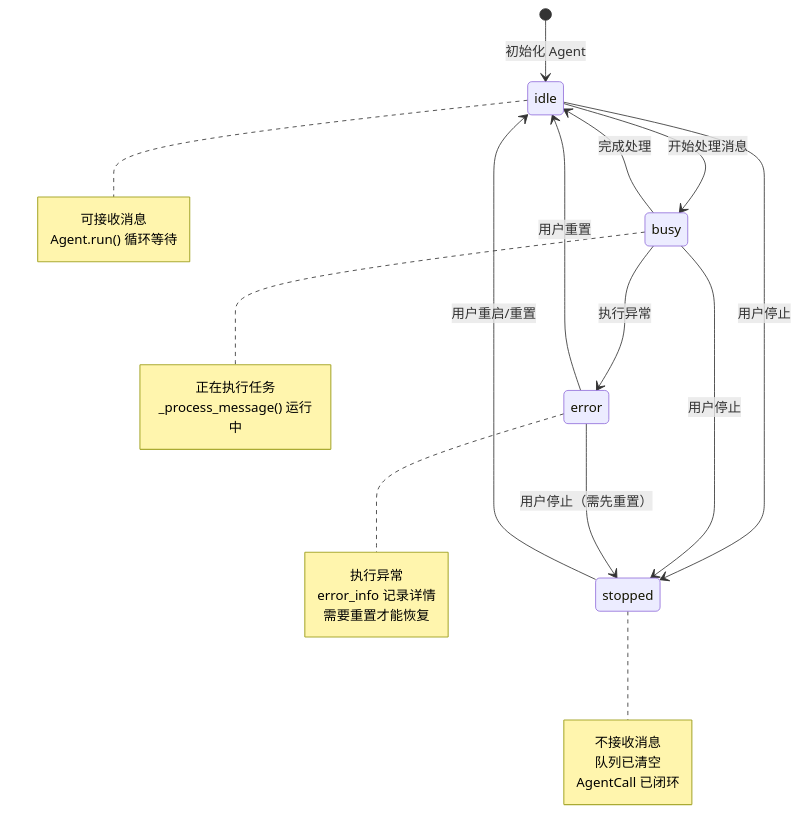
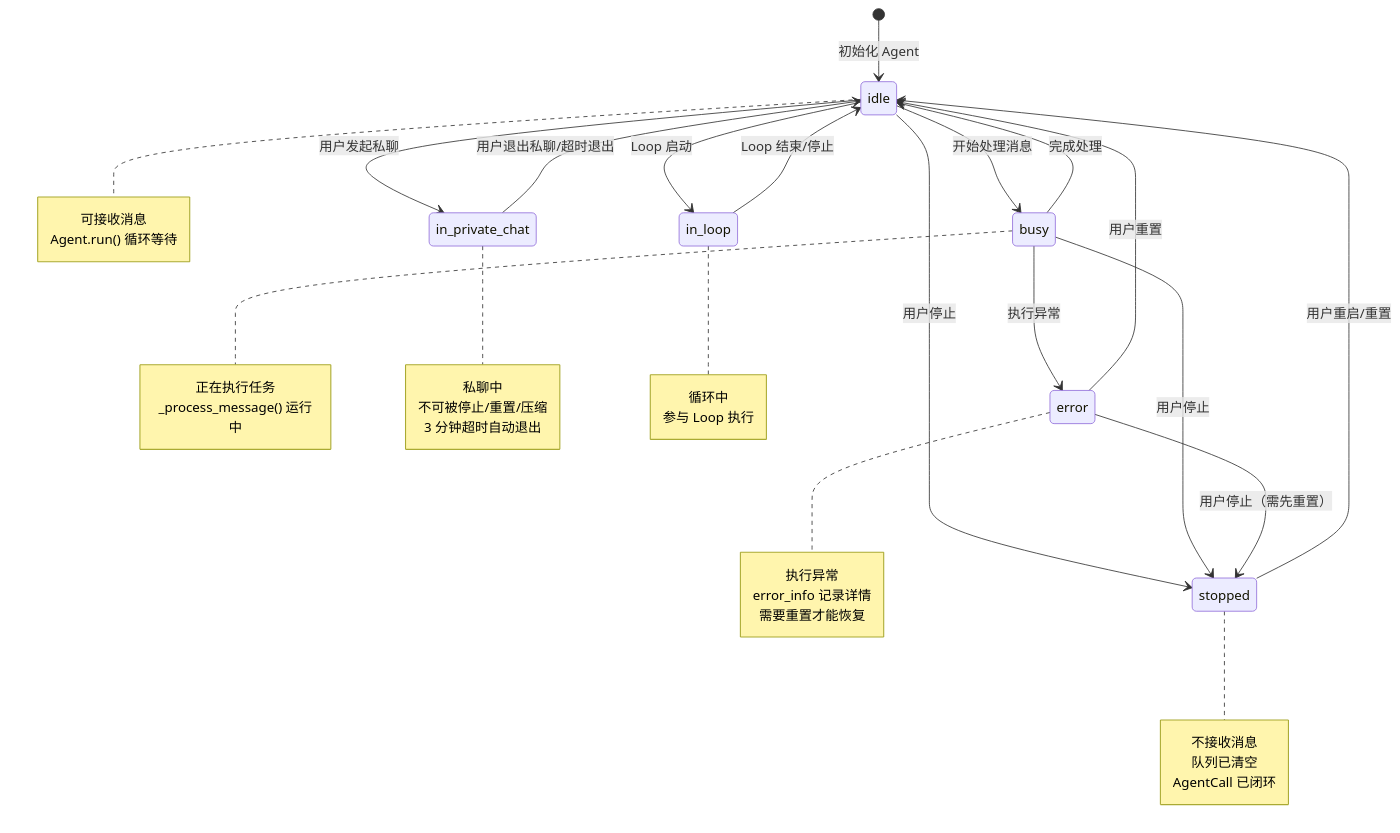
The diagram in docs/flows/agent-status-lifecycle.md (nikonikoni4/agents-hub), drawn with Mermaid before and after one commit. The commit also changed other lines of this file and 4 other files, not shown here.

First line of the commit message:
docs(private-chat): 补充测试覆盖和文档更新

````diff
--- a/docs/flows/agent-status-lifecycle.md
+++ b/docs/flows/agent-status-lifecycle.md
@@ -96,36 +102,53 @@
 ```mermaid
 stateDiagram-v2
     [*] --> idle: 初始化 Agent
     idle --> busy: 开始处理消息
     busy --> idle: 完成处理
     busy --> error: 执行异常
-    
+
     idle --> stopped: 用户停止
     busy --> stopped: 用户停止
     error --> stopped: 用户停止（需先重置）
-    
+
     stopped --> idle: 用户重启/重置
     error --> idle: 用户重置
-    
+
+    idle --> in_private_chat: 用户发起私聊
+    in_private_chat --> idle: 用户退出私聊/超时退出
+
+    idle --> in_loop: Loop 启动
+    in_loop --> idle: Loop 结束/停止
+
     note right of idle
         可接收消息
         Agent.run() 循环等待
     end note
-    
+
     note right of busy
         正在执行任务
         _process_message() 运行中
     end note
-    
+
     note right of stopped
         不接收消息
         队列已清空
         AgentCall 已闭环
     end note
-    
+
     note right of error
         执行异常
         error_info 记录详情
         需要重置才能恢复
     end note
+
+    note right of in_private_chat
+        私聊中
+        不可被停止/重置/压缩
+        3 分钟超时自动退出
+    end note
+
+    note right of in_loop
+        循环中
+        参与 Loop 执行
+    end note
 ```
````
